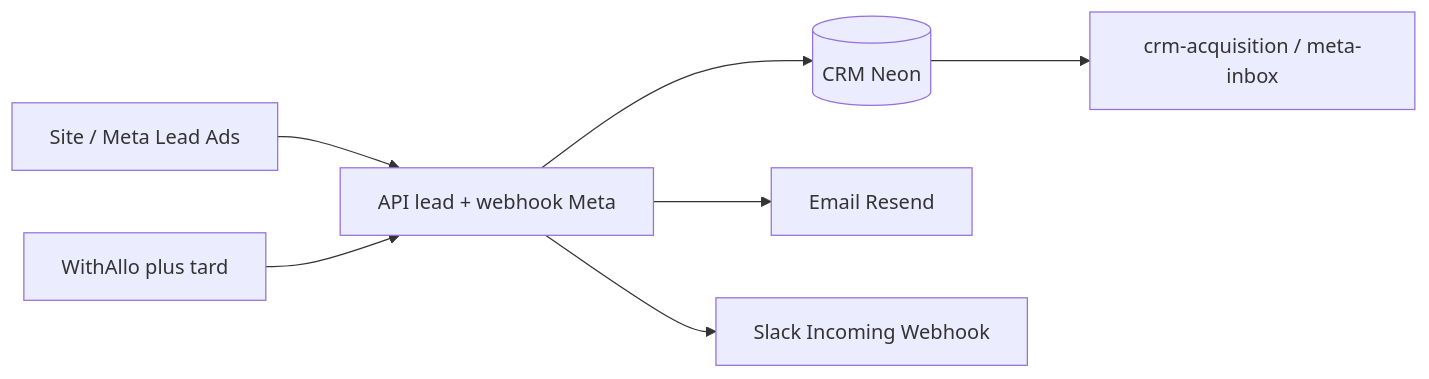
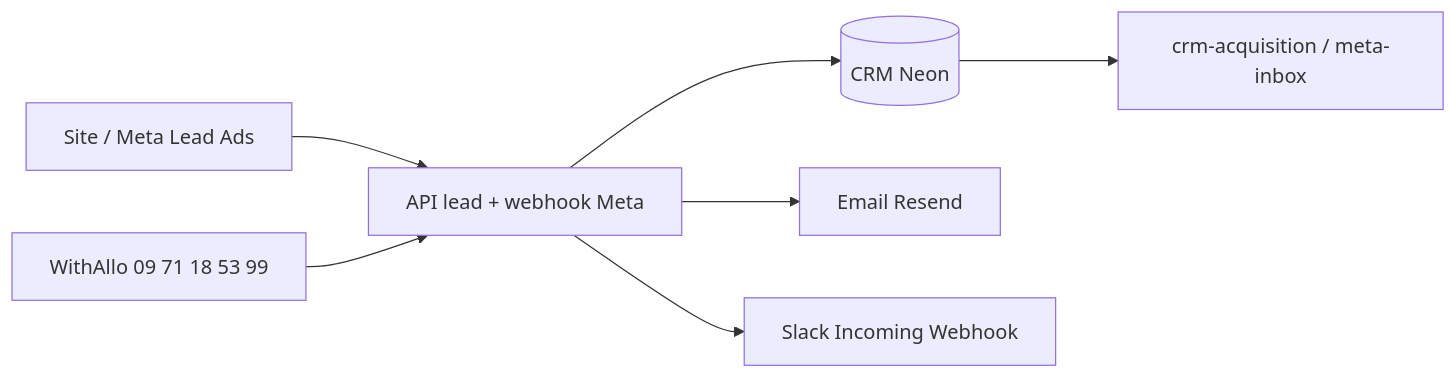
One commit to Lilw3n/LeadsOpportunities changed the diagram in docs/SLACK-WITHALLO-NOTIFS.md. Above: the diagram before and after it, drawn with Mermaid. The commit also changed other lines of this file and 10 other files, not shown here.

````diff
--- a/docs/SLACK-WITHALLO-NOTIFS.md
+++ b/docs/SLACK-WITHALLO-NOTIFS.md
@@ -93,9 +104,9 @@
 ```mermaid
 flowchart LR
   A[Site / Meta Lead Ads] --> B[API lead + webhook Meta]
   B --> C[(CRM Neon)]
   B --> D[Email Resend]
   B --> E[Slack Incoming Webhook]
-  F[WithAllo plus tard] --> B
+  F[WithAllo 09 71 18 53 99] --> B
   C --> G[crm-acquisition / meta-inbox]
 ```
````
